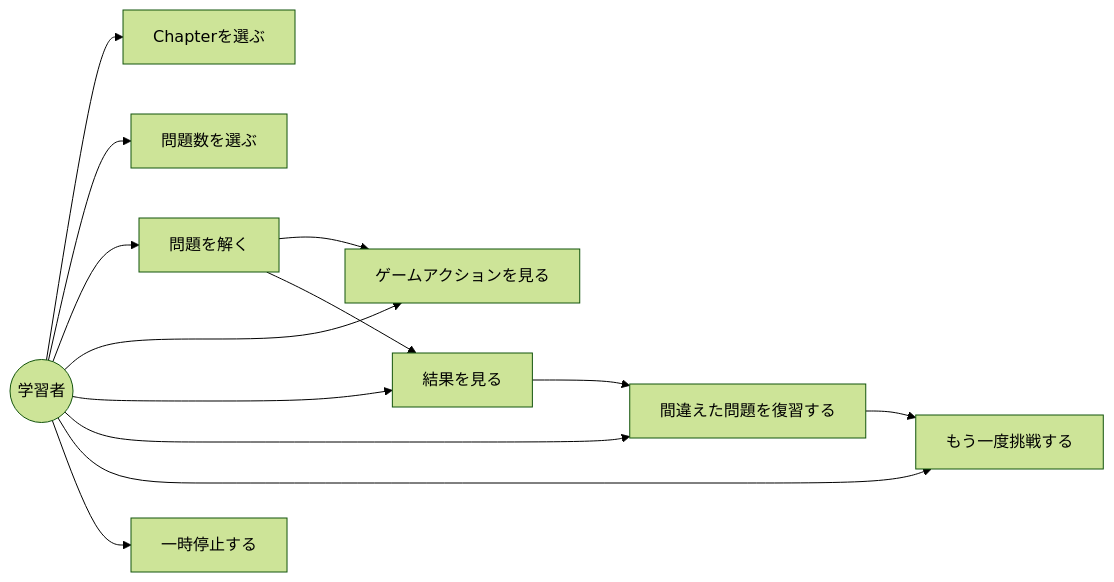
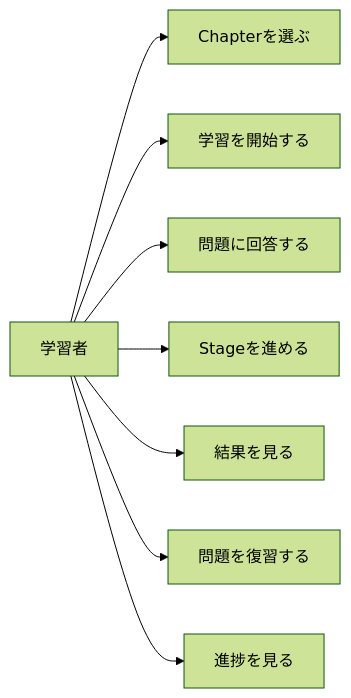
Before and after one commit to suu-dev-0203/graduation_JAVAgame: the fifth of 9 diagrams in README.md, drawn with Mermaid (forest theme). The commit also changed other lines of this file, not shown here.

````diff
--- a/README.md
+++ b/README.md
@@ -1533,26 +776,11 @@
 ```mermaid
 flowchart LR
-    U((学習者))
-    A[Chapterを選ぶ]
-    B[問題数を選ぶ]
-    C[問題を解く]
-    D[ゲームアクションを見る]
-    E[結果を見る]
-    F[間違えた問題を復習する]
-    G[もう一度挑戦する]
-    H[一時停止する]
-
-    U --> A
-    U --> B
-    U --> C
-    U --> D
-    U --> E
-    U --> F
-    U --> G
-    U --> H
-
-    C --> D
-    C --> E
-    E --> F
-    F --> G
+    U[学習者]
+    U --> A[Chapterを選ぶ]
+    U --> B[学習を開始する]
+    U --> C[問題に回答する]
+    U --> D[Stageを進める]
+    U --> E[結果を見る]
+    U --> F[問題を復習する]
+    U --> G[進捗を見る]
 ```
````
